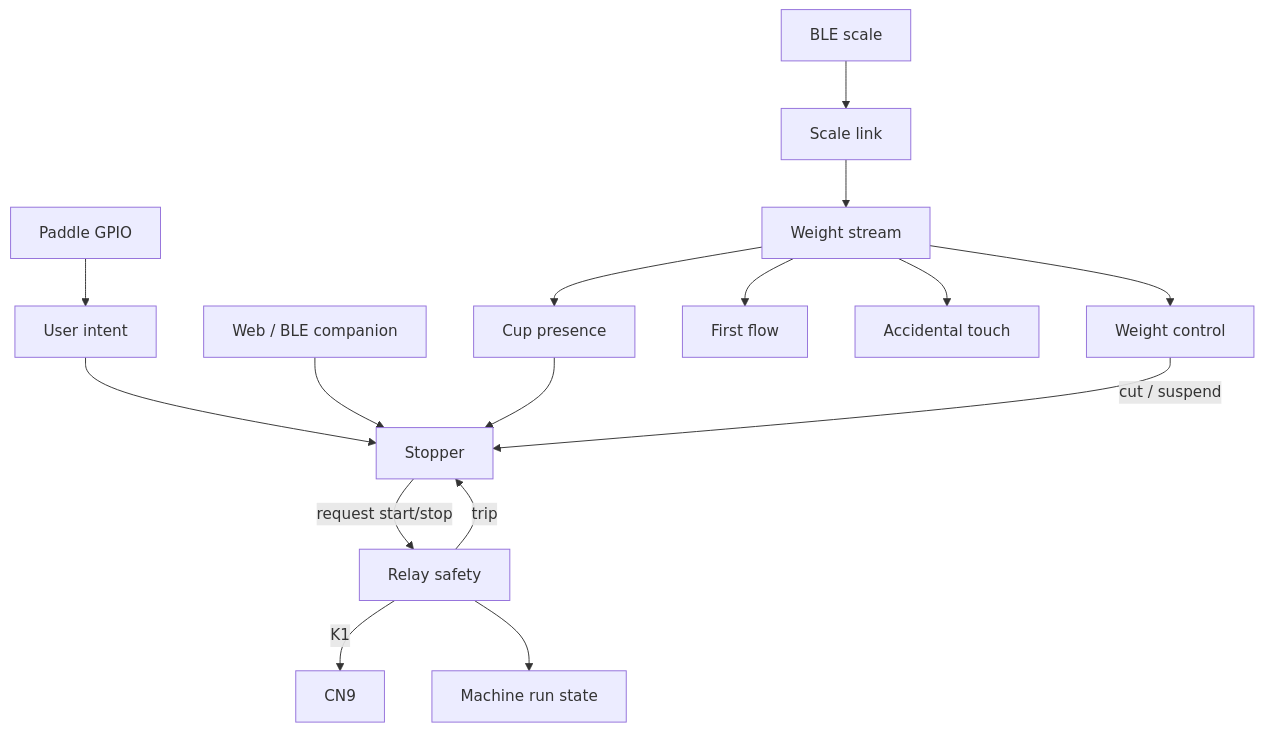
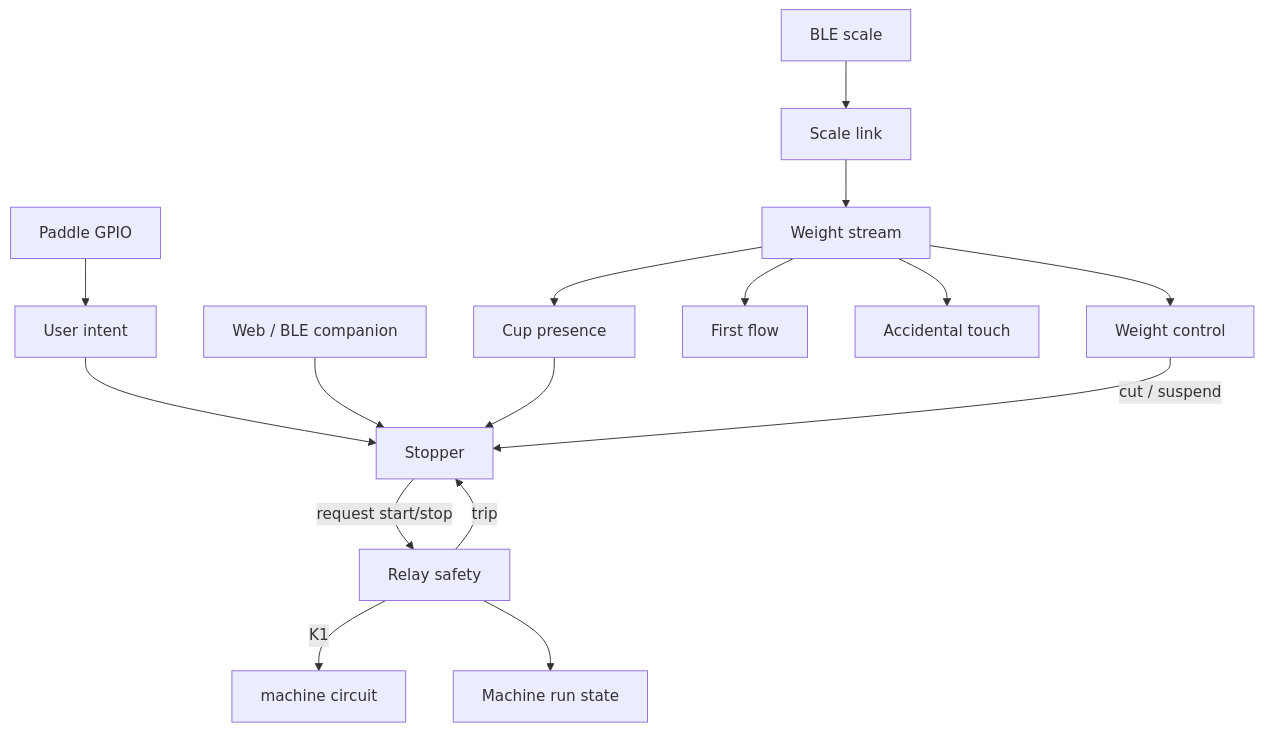
The diagram in docs/STATE_MACHINES.md (Cheerpipe/AcaiaArduinoBLE), drawn with Mermaid before and after one commit. The commit also changed other lines of this file and 48 other files, not shown here.

Commit message:
Generalize CN9 to machine circuit

````diff
--- a/docs/STATE_MACHINES.md
+++ b/docs/STATE_MACHINES.md
@@ -44,18 +44,18 @@
 ```mermaid
 flowchart TB
   paddle[Paddle GPIO] --> intent[User intent]
   intent --> stopper[Stopper]
   web[Web / BLE companion] --> stopper
   stopper -->|request start/stop| safety[Relay safety]
-  safety -->|K1| cn9[CN9]
+  safety -->|K1| circuit[machine circuit]
   safety --> run[Machine run state]
   ble[BLE scale] --> link[Scale link]
   link --> stream[Weight stream]
   stream --> cup[Cup presence]
   stream --> flow[First flow]
   stream --> touch[Accidental touch]
   stream --> wctl[Weight control]
   cup --> stopper
   wctl -->|cut / suspend| stopper
   safety -->|trip| stopper
 ```
````
